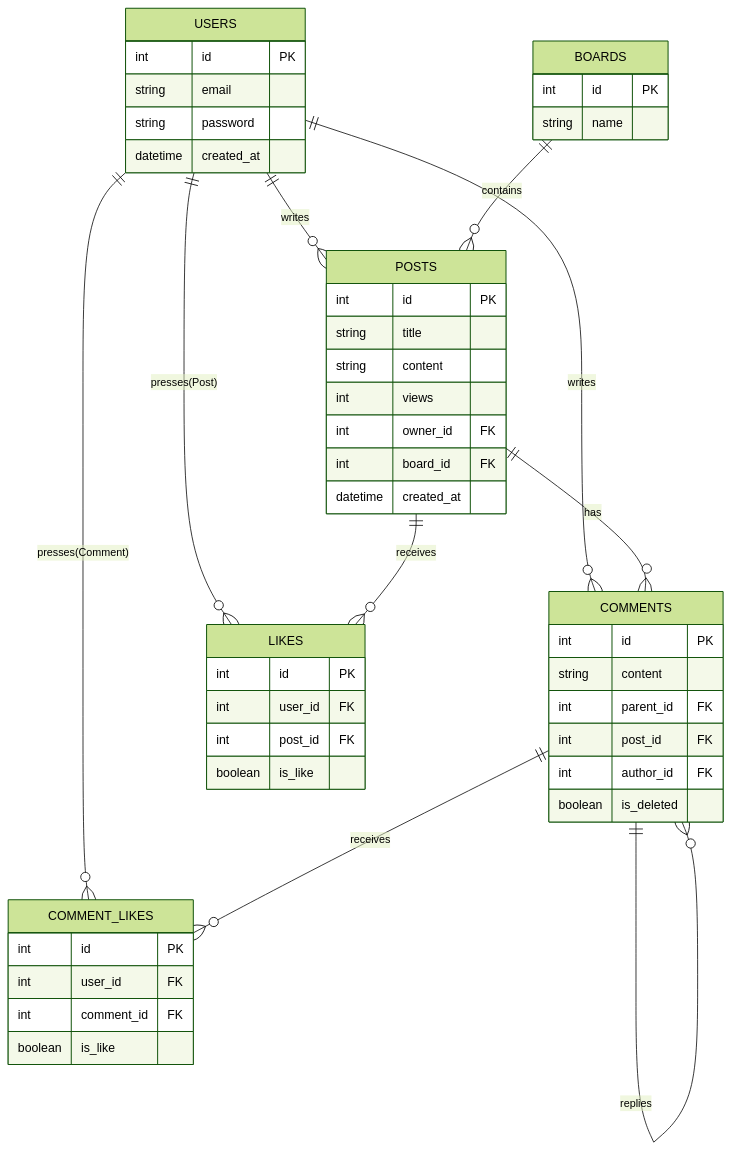
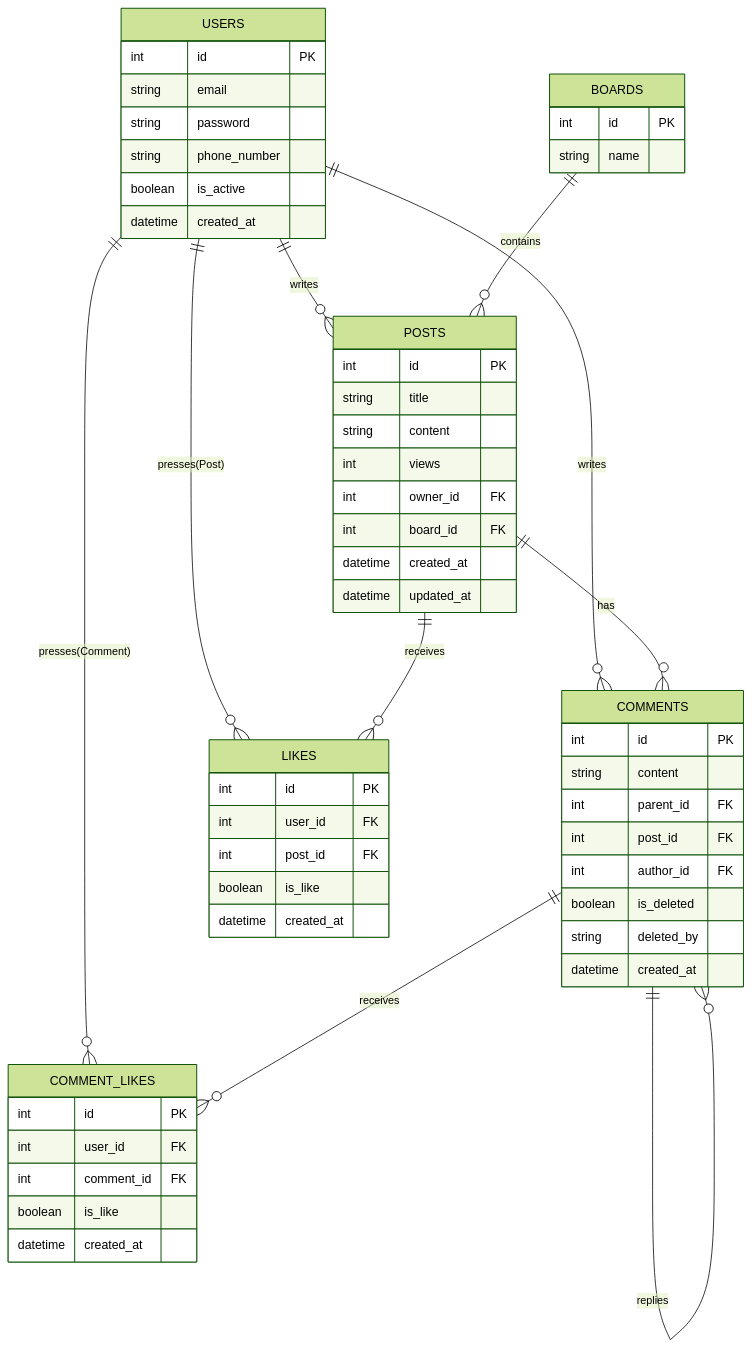
Before and after one commit to jmh0856-boop/team-board-api: the diagram in README.md, drawn with Mermaid (forest theme). The commit also changed other lines of this file, not shown here.

Commit message:
docs: ERD 및 주요 설계 원칙 업데이트

````diff
--- a/README.md
+++ b/README.md
@@ -7,57 +7,64 @@
 ```mermaid
 erDiagram
     USERS ||--o{ POSTS : writes
     USERS ||--o{ COMMENTS : writes
     USERS ||--o{ LIKES : "presses(Post)"
     USERS ||--o{ COMMENT_LIKES : "presses(Comment)"
     POSTS ||--o{ COMMENTS : has
     POSTS ||--o{ LIKES : "receives"
     BOARDS ||--o{ POSTS : contains
     COMMENTS ||--o{ COMMENTS : replies
     COMMENTS ||--o{ COMMENT_LIKES : "receives"
 
     USERS {
         int id PK
         string email
         string password
+        string phone_number
+        boolean is_active
         datetime created_at
     }
 
     BOARDS {
         int id PK
         string name
     }
 
     POSTS {
         int id PK
         string title
         string content
         int views
         int owner_id FK
         int board_id FK
         datetime created_at
+        datetime updated_at
     }
 
     LIKES {
         int id PK
         int user_id FK
         int post_id FK
         boolean is_like
+        datetime created_at
     }
 
     COMMENT_LIKES {
         int id PK
         int user_id FK
         int comment_id FK
         boolean is_like
+        datetime created_at
     }
 
     COMMENTS {
         int id PK
         string content
         int parent_id FK
         int post_id FK
         int author_id FK
         boolean is_deleted
+        string deleted_by
+        datetime created_at
     }
 ```
````
